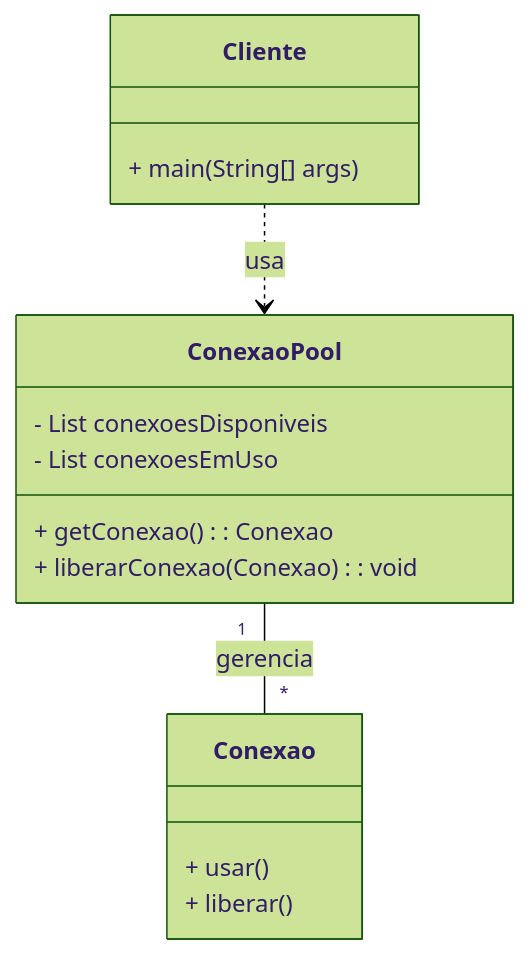
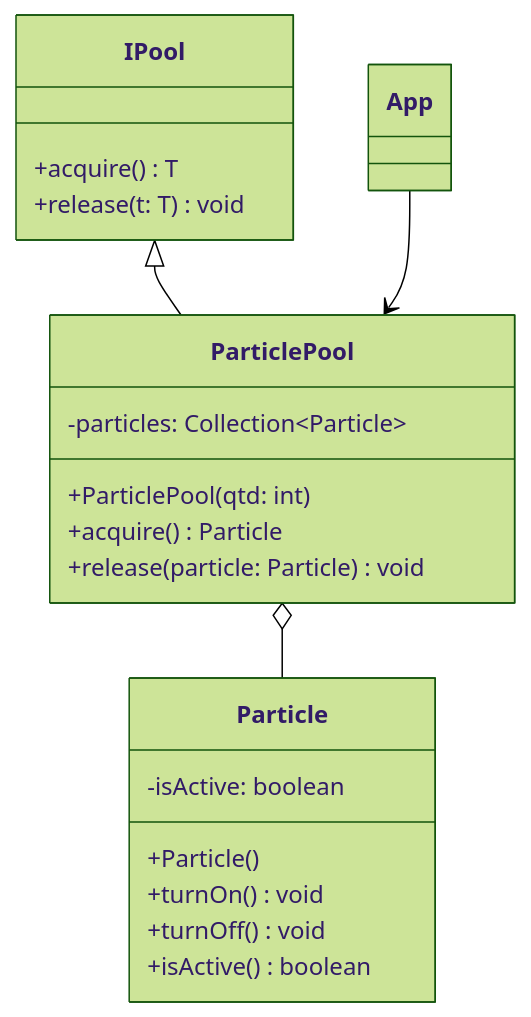
Before and after one commit to 20242-ifba-saj-ads-ppr/seminario-ppr-criacional-object-pool-equipeAbstractFactory: the fourth of 4 diagrams in object-pool/README.md, drawn with Mermaid (forest theme). The commit also changed other lines of this file and 4 other files, not shown here.

````diff
--- a/object-pool/README.md
+++ b/object-pool/README.md
@@ -232,21 +237,32 @@
 ```mermaid
 classDiagram
-    class Conexao {
-        + usar()
-        + liberar()
+    direction TB
+
+    class IPool {
+        +acquire() T
+        +release(t: T) void
     }
 
-    class ConexaoPool {
-        - List<Conexao> conexoesDisponiveis
-        - List<Conexao> conexoesEmUso
-        + getConexao(): Conexao
-        + liberarConexao(Conexao): void
+    class Particle {
+        -isActive: boolean
+        +Particle()
+        +turnOn() void
+        +turnOff() void
+        +isActive() boolean
     }
 
-    class Cliente {
-        + main(String[] args)
+    class ParticlePool {
+        -particles: Collection~Particle~
+        +ParticlePool(qtd: int)
+        +acquire() Particle
+        +release(particle: Particle) void
     }
 
-    ConexaoPool "1" -- "*" Conexao : gerencia
-    Cliente ..> ConexaoPool : usa
+    class App {
+    }
+
+    IPool <|-- ParticlePool
+    ParticlePool o-- Particle
+    App --> ParticlePool
+
 ```
````
